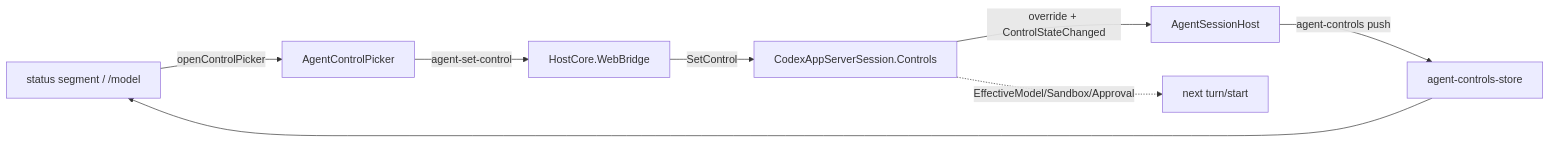
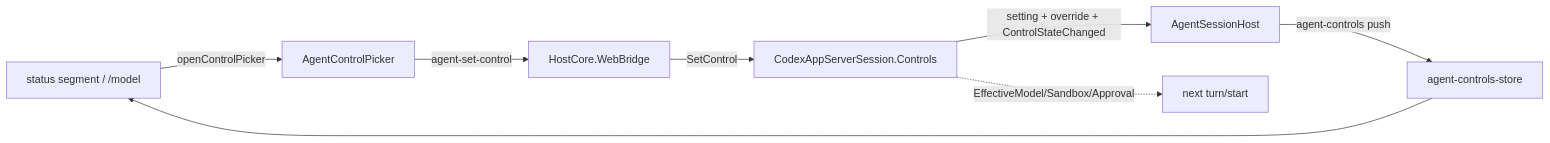
The diagram in docs/specs/codex-composer-controls.md (Kapps/weavie), drawn with Mermaid before and after one commit. The commit also changed other lines of this file and 5 other files, not shown here.

````diff
--- a/docs/specs/codex-composer-controls.md
+++ b/docs/specs/codex-composer-controls.md
@@ -48,10 +49,10 @@
 ```mermaid
 flowchart LR
   seg["status segment / /model"] -->|openControlPicker| picker[AgentControlPicker]
   picker -->|agent-set-control| wb[HostCore.WebBridge]
   wb -->|SetControl| ctl[CodexAppServerSession.Controls]
-  ctl -->|override + ControlStateChanged| host[AgentSessionHost]
+  ctl -->|setting + override + ControlStateChanged| host[AgentSessionHost]
   host -->|agent-controls push| store[agent-controls-store]
   store --> seg
   ctl -.->|EffectiveModel/Sandbox/Approval| turn["next turn/start"]
 ```
````
